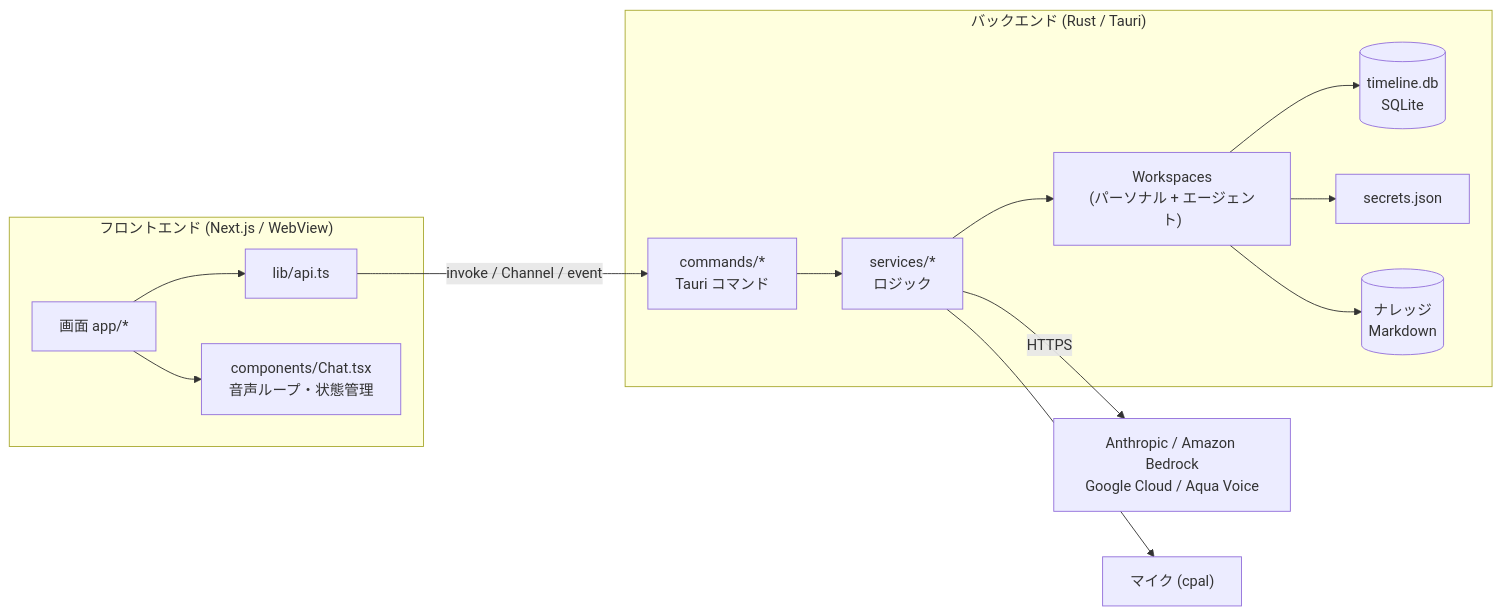
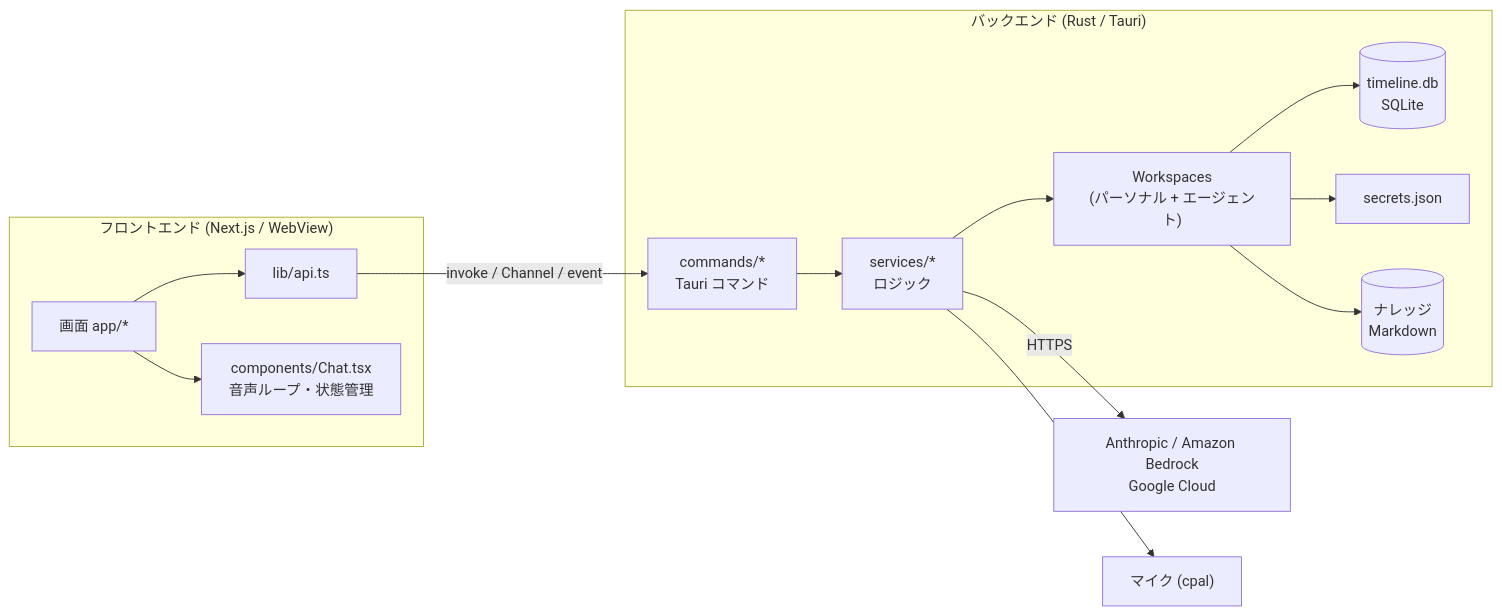
The first of 2 diagrams in docs/architecture.md (long-in/MyAssistant), drawn with Mermaid before and after one commit. The commit also changed 7 other files, not shown here.

````diff
--- a/docs/architecture.md
+++ b/docs/architecture.md
@@ -7,17 +7,17 @@
 ```mermaid
 flowchart LR
   subgraph FE["フロントエンド (Next.js / WebView)"]
     UI["画面 app/*"] --> API["lib/api.ts"]
     UI --> Chat["components/Chat.tsx<br/>音声ループ・状態管理"]
   end
   subgraph BE["バックエンド (Rust / Tauri)"]
     CMD["commands/*<br/>Tauri コマンド"] --> SVC["services/*<br/>ロジック"]
     SVC --> WS["Workspaces<br/>(パーソナル + エージェント)"]
     WS --> DB[("timeline.db<br/>SQLite")]
     WS --> SEC["secrets.json"]
     WS --> KN[("ナレッジ<br/>Markdown")]
   end
   API -- invoke / Channel / event --> CMD
-  SVC -- HTTPS --> EXT["Anthropic / Amazon Bedrock<br/>Google Cloud / Aqua Voice"]
+  SVC -- HTTPS --> EXT["Anthropic / Amazon Bedrock<br/>Google Cloud"]
   SVC --> MIC["マイク (cpal)"]
 ```
````
